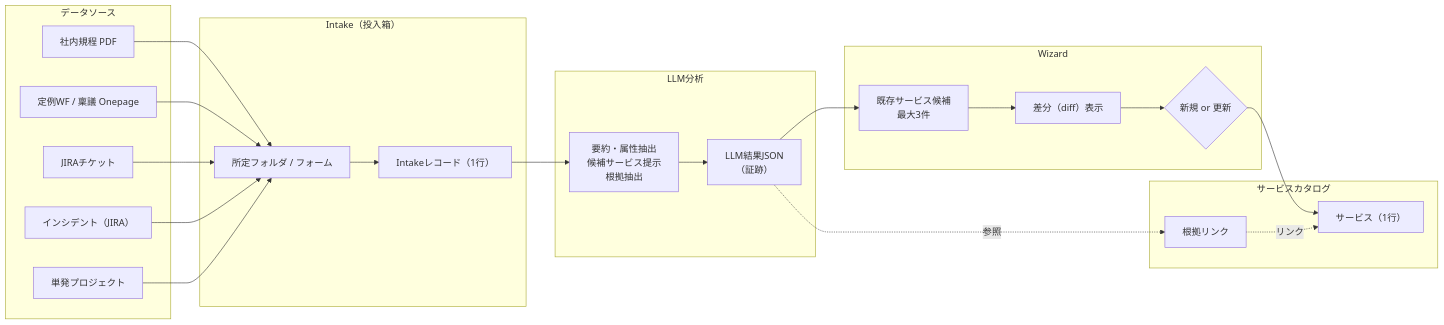
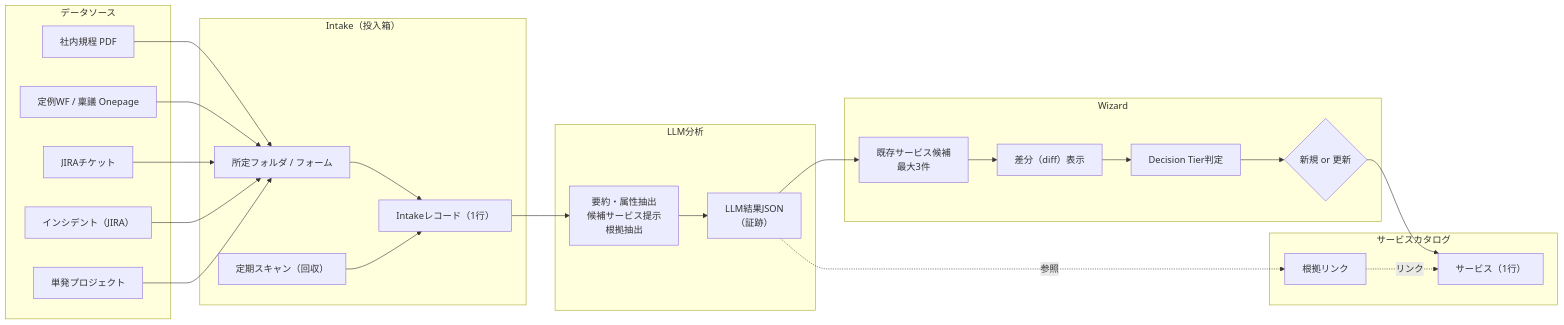
The diagram in run-book/run-book-wizard-plan.md (KChen-FMI/workspace-docs), drawn with Mermaid before and after one commit. The commit also changed other lines of this file and 3 other files, not shown here.

````diff
--- a/run-book/run-book-wizard-plan.md
+++ b/run-book/run-book-wizard-plan.md
@@ -24,41 +60,45 @@
 ```mermaid
 flowchart LR
   subgraph DS[データソース]
     R1[社内規程 PDF]
     R2[定例WF / 稟議 Onepage]
     R3[JIRAチケット]
     R4[インシデント（JIRA）]
     R5[単発プロジェクト]
   end
 
   subgraph IN[Intake（投入箱）]
     F1[所定フォルダ / フォーム]
     IR[Intakeレコード（1行）]
+    SCN[定期スキャン（回収）]
   end
 
   subgraph AI[LLM分析]
     EX[要約・属性抽出\n候補サービス提示\n根拠抽出]
     JR[LLM結果JSON\n（証跡）]
   end
 
   subgraph WZ[Wizard]
     CAND[既存サービス候補\n最大3件]
     DIFF[差分（diff）表示]
+    TIER[Decision Tier判定]
     DEC{新規 or 更新}
   end
 
   subgraph SC[サービスカタログ]
     SV[サービス（1行）]
     EV[根拠リンク]
   end
 
-  R1 --> F1 --> IR --> EX --> JR --> CAND --> DIFF --> DEC
+  R1 --> F1 --> IR --> EX --> JR --> CAND --> DIFF --> TIER --> DEC
   R2 --> F1
   R3 --> F1
   R4 --> F1
   R5 --> F1
 
+  SCN --> IR
+
   DEC --> SV
   JR -.参照.-> EV
   EV -.リンク.-> SV
 ```
````
